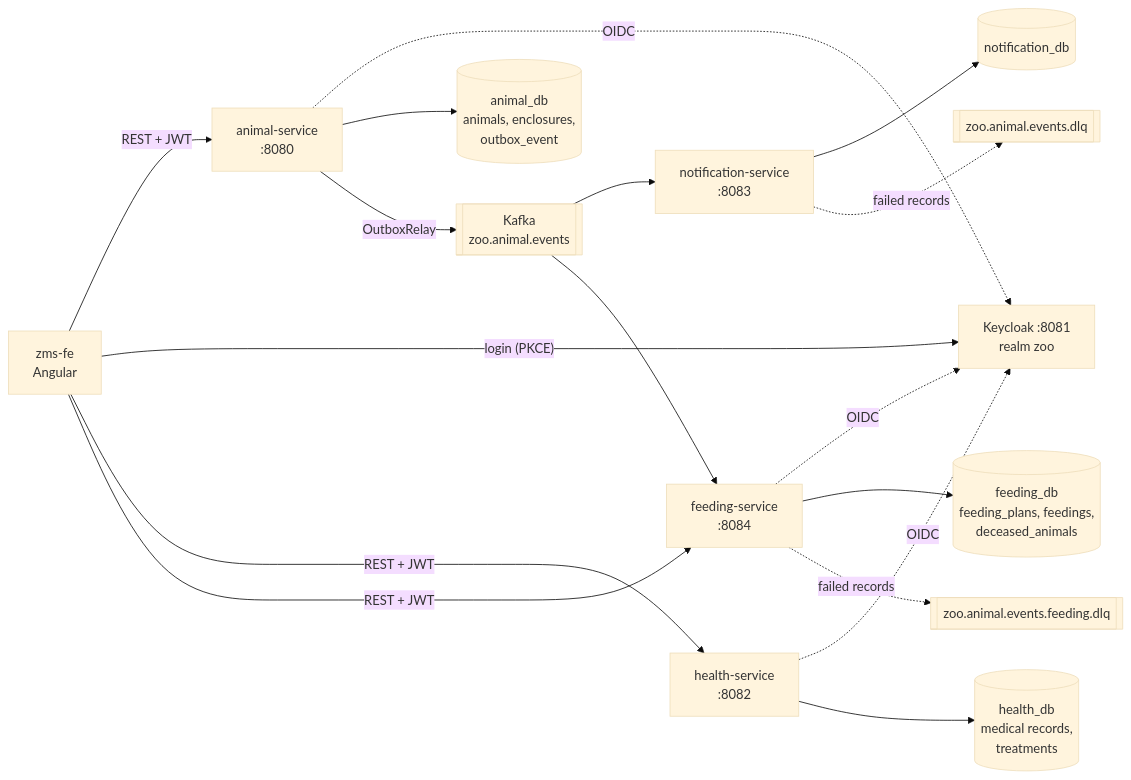
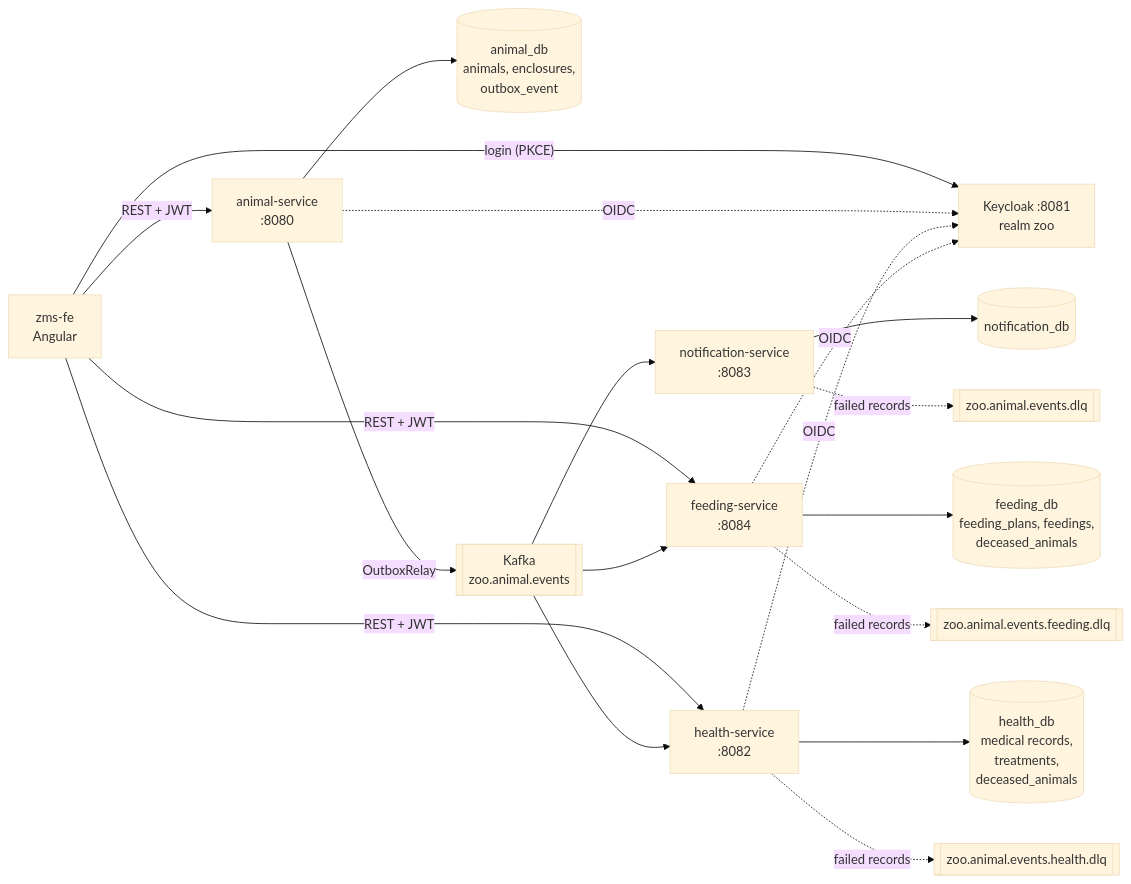
Before and after one commit to iosonoira/zoo-management-system: the diagram in README.md, drawn with Mermaid (base theme). The commit also changed other lines of this file and 7 other files, not shown here.

Commit message:
docs: document the health-service consumer of deceased-animal events

````diff
--- a/README.md
+++ b/README.md
@@ -34,19 +34,21 @@
 ```mermaid
 flowchart LR
   FE["zms-fe<br/>Angular"] -- "REST + JWT" --> AS["animal-service<br/>:8080"]
   FE -- "login (PKCE)" --> KC["Keycloak :8081<br/>realm zoo"]
   AS -. "OIDC" .-> KC
   HS["health-service<br/>:8082"] -. "OIDC" .-> KC
   FDS["feeding-service<br/>:8084"] -. "OIDC" .-> KC
   FE -- "REST + JWT" --> HS
   FE -- "REST + JWT" --> FDS
   AS --> ADB[("animal_db<br/>animals, enclosures,<br/>outbox_event")]
-  HS --> HDB[("health_db<br/>medical records,<br/>treatments")]
+  HS --> HDB[("health_db<br/>medical records,<br/>treatments,<br/>deceased_animals")]
   FDS --> FDB[("feeding_db<br/>feeding_plans, feedings,<br/>deceased_animals")]
   AS -- "OutboxRelay" --> K[["Kafka<br/>zoo.animal.events"]]
   K --> NS["notification-service<br/>:8083"]
   K --> FDS
+  K --> HS
   NS --> NDB[("notification_db")]
   NS -. "failed records" .-> DLQ[["zoo.animal.events.dlq"]]
   FDS -. "failed records" .-> FDLQ[["zoo.animal.events.feeding.dlq"]]
+  HS -. "failed records" .-> HDLQ[["zoo.animal.events.health.dlq"]]
 ```
````
